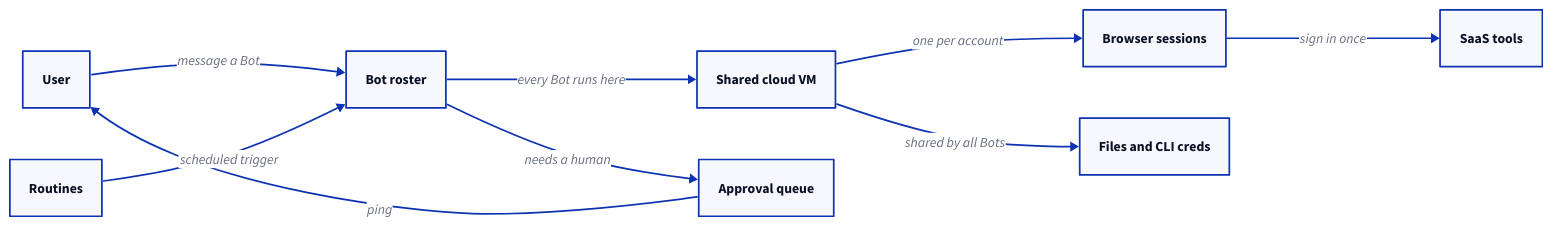
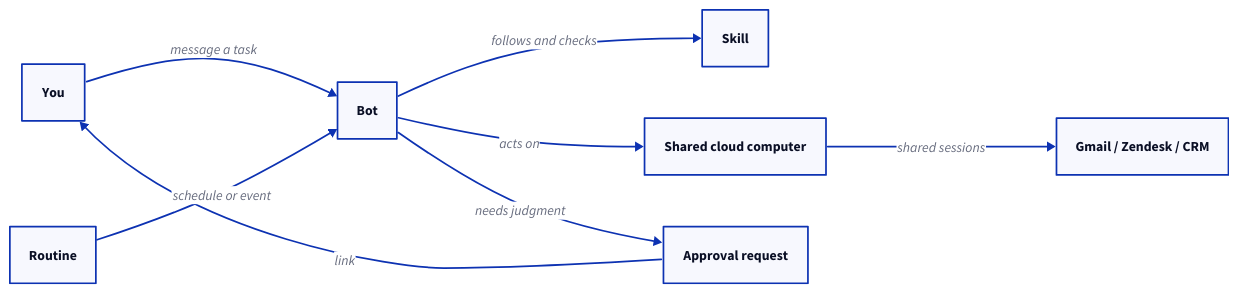
Before and after one commit to kobyal/ai-news-briefing: the diagram in blog/public/posts/grok-bot-up-close/diagram.d2, drawn with D2. The commit also changed 336 other files, not shown here.

```diff
--- a/blog/public/posts/grok-bot-up-close/diagram.d2
+++ b/blog/public/posts/grok-bot-up-close/diagram.d2
@@ -1,9 +1,15 @@
 direction: right
-User -> Bot roster: message a Bot
-Routines -> Bot roster: scheduled trigger
-Bot roster -> Shared cloud VM: every Bot runs here
-Shared cloud VM -> Browser sessions: one per account
-Shared cloud VM -> Files and CLI creds: shared by all Bots
-Browser sessions -> SaaS tools: sign in once
-Bot roster -> Approval queue: needs a human
-Approval queue -> User: ping
+user: You
+bot: Bot
+skill: Skill
+routine: Routine
+computer: Shared cloud computer
+apps: Gmail / Zendesk / CRM
+approval: Approval request
+user -> bot: message a task
+routine -> bot: schedule or event
+bot -> skill: follows and checks
+bot -> computer: acts on
+computer -> apps: shared sessions
+bot -> approval: needs judgment
+approval -> user: link
```
